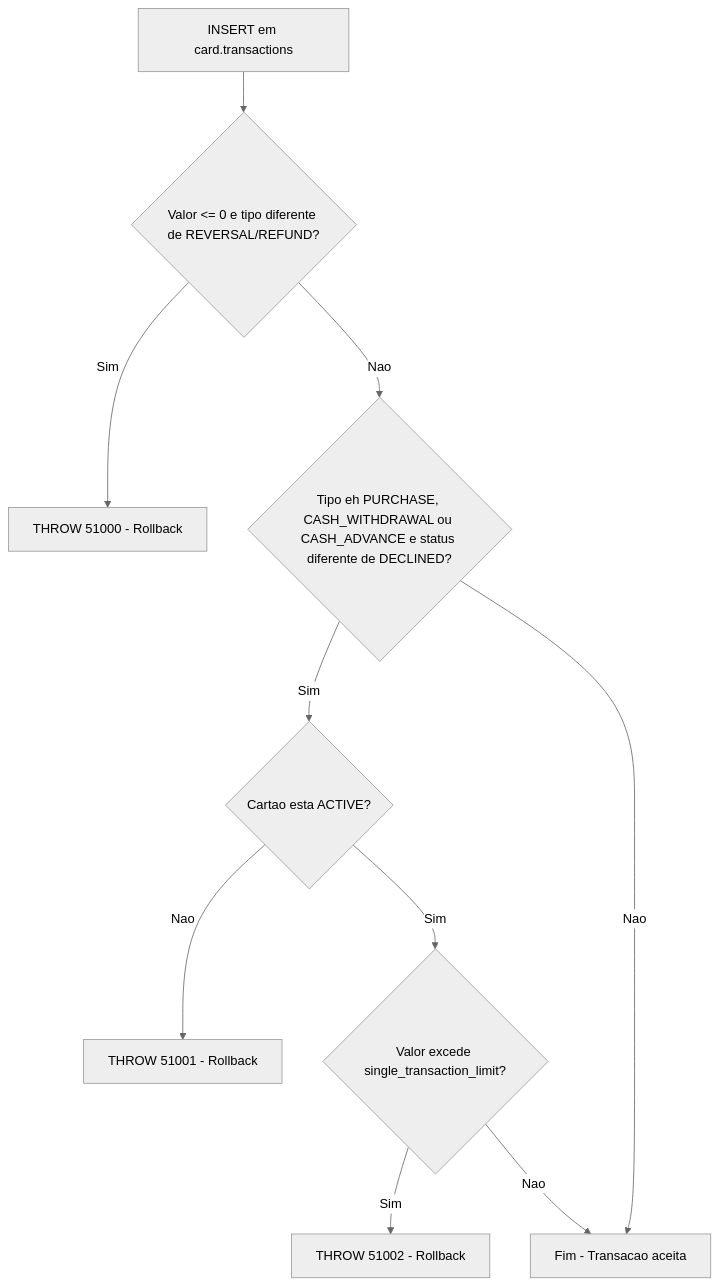
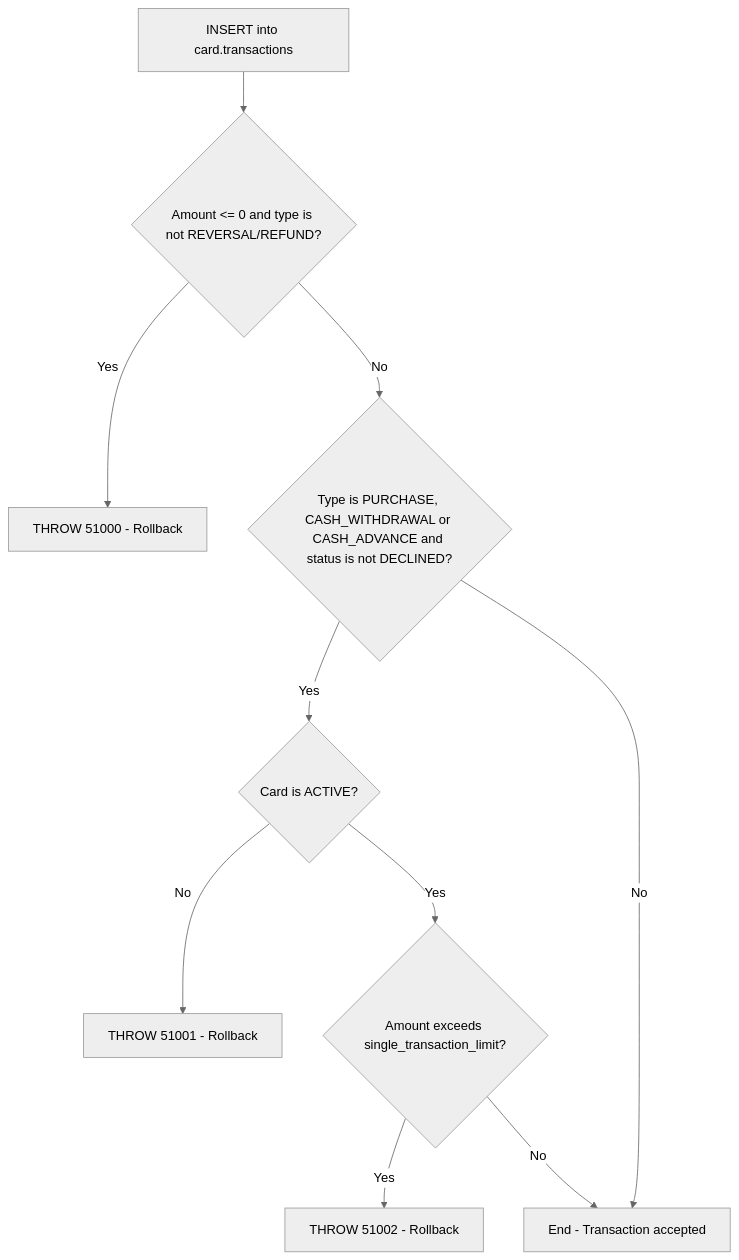
Before and after one commit to gft-us-wynxx/GftUs.Samples.NovoCard.SQL: the diagram in doc/database/triggers/trg_transaction_limit_check.md, drawn with Mermaid (neutral theme). The commit also changed other lines of this file and 35 other files, not shown here.

````diff
--- a/doc/database/triggers/trg_transaction_limit_check.md
+++ b/doc/database/triggers/trg_transaction_limit_check.md
@@ -54,12 +54,12 @@
 ```mermaid
 graph TD
-    A[INSERT em card.transactions] --> B{Valor <= 0 e tipo diferente de REVERSAL/REFUND?}
-    B -- Sim --> C[THROW 51000 - Rollback]
-    B -- Nao --> D{Tipo eh PURCHASE, CASH_WITHDRAWAL ou CASH_ADVANCE e status diferente de DECLINED?}
-    D -- Sim --> E{Cartao esta ACTIVE?}
-    D -- Nao --> H[Fim - Transacao aceita]
-    E -- Nao --> F[THROW 51001 - Rollback]
-    E -- Sim --> G{Valor excede single_transaction_limit?}
-    G -- Sim --> I[THROW 51002 - Rollback]
-    G -- Nao --> H
+    A[INSERT into card.transactions] --> B{Amount <= 0 and type is not REVERSAL/REFUND?}
+    B -- Yes --> C[THROW 51000 - Rollback]
+    B -- No --> D{Type is PURCHASE, CASH_WITHDRAWAL or CASH_ADVANCE and status is not DECLINED?}
+    D -- Yes --> E{Card is ACTIVE?}
+    D -- No --> H[End - Transaction accepted]
+    E -- No --> F[THROW 51001 - Rollback]
+    E -- Yes --> G{Amount exceeds single_transaction_limit?}
+    G -- Yes --> I[THROW 51002 - Rollback]
+    G -- No --> H
 ```
````
